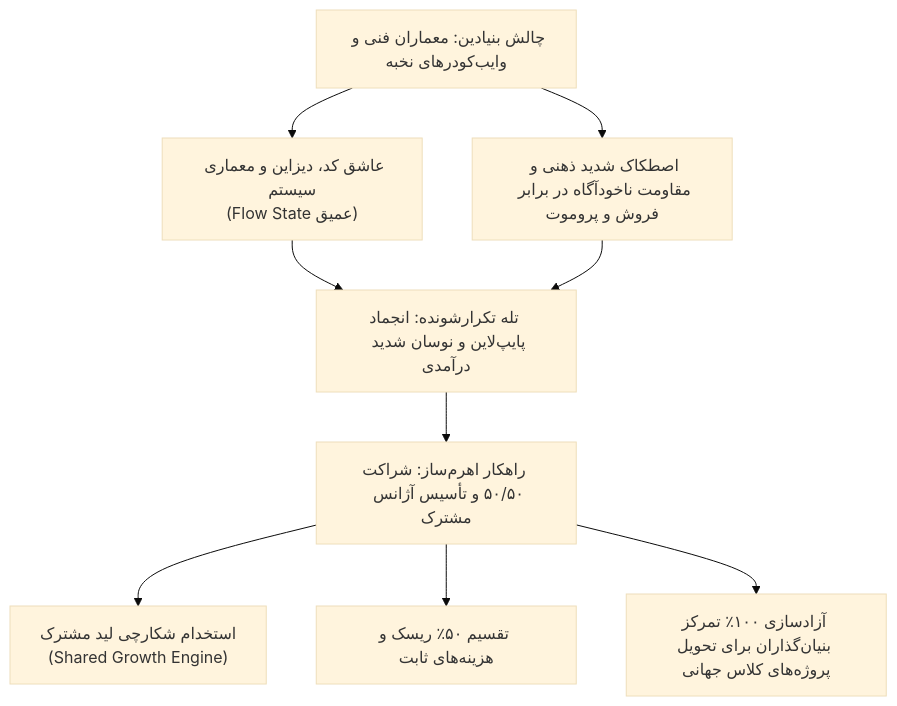
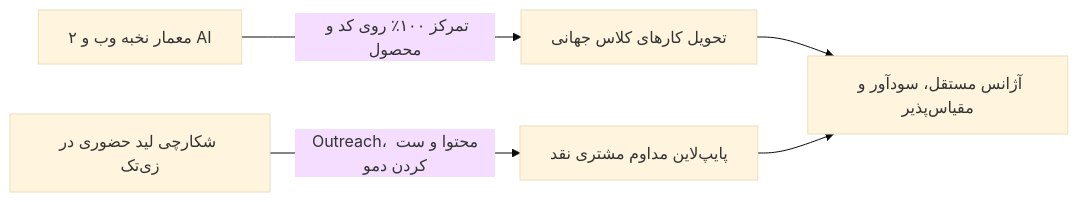
The first of 2 diagrams in careers/AGENCY_STRATEGIC_BLUEPRINT_6M.md (businessmanshah-a11y/HasanShah), drawn with Mermaid (base theme) before and after one commit. The commit also changed other lines of this file and 3 other files, not shown here.

````diff
--- a/careers/AGENCY_STRATEGIC_BLUEPRINT_6M.md
+++ b/careers/AGENCY_STRATEGIC_BLUEPRINT_6M.md
@@ -10,10 +10,6 @@
 ```mermaid
-flowchart TD
-    A["چالش بنیادین: معماران فنی و وایب‌کودرهای نخبه"] --> B["عاشق کد، دیزاین و معماری سیستم<br>(Flow State عمیق)"]
-    A --> C["اصطکاک شدید ذهنی و مقاومت ناخودآگاه در برابر فروش و پروموت"]
-    B & C --> D["تله تکرارشونده: انجماد پایپ‌لاین و نوسان شدید درآمدی"]
-    D --> E["راهکار اهرم‌ساز: شراکت ۵۰/۵۰ و تأسیس آژانس مشترک"]
-    E --> F["استخدام شکارچی لید مشترک<br>(Shared Growth Engine)"]
-    E --> G["تقسیم ۵۰٪ ریسک و هزینه‌های ثابت"]
-    E --> H["آزادسازی ۱۰۰٪ تمرکز بنیان‌گذاران برای تحویل پروژه‌های کلاس جهانی"]
+flowchart LR
+    A["۲ معمار نخبه وب و AI"] -->|تمرکز ۱۰۰٪ روی کد و محصول| B["تحویل کارهای کلاس جهانی"]
+    C["شکارچی لید حضوری در زی‌تک"] -->|Outreach، محتوا و ست کردن دمو| D["پایپ‌لاین مداوم مشتری نقد"]
+    B & D --> E["آژانس مستقل، سودآور و مقیاس‌پذیر"]
 ```
````
